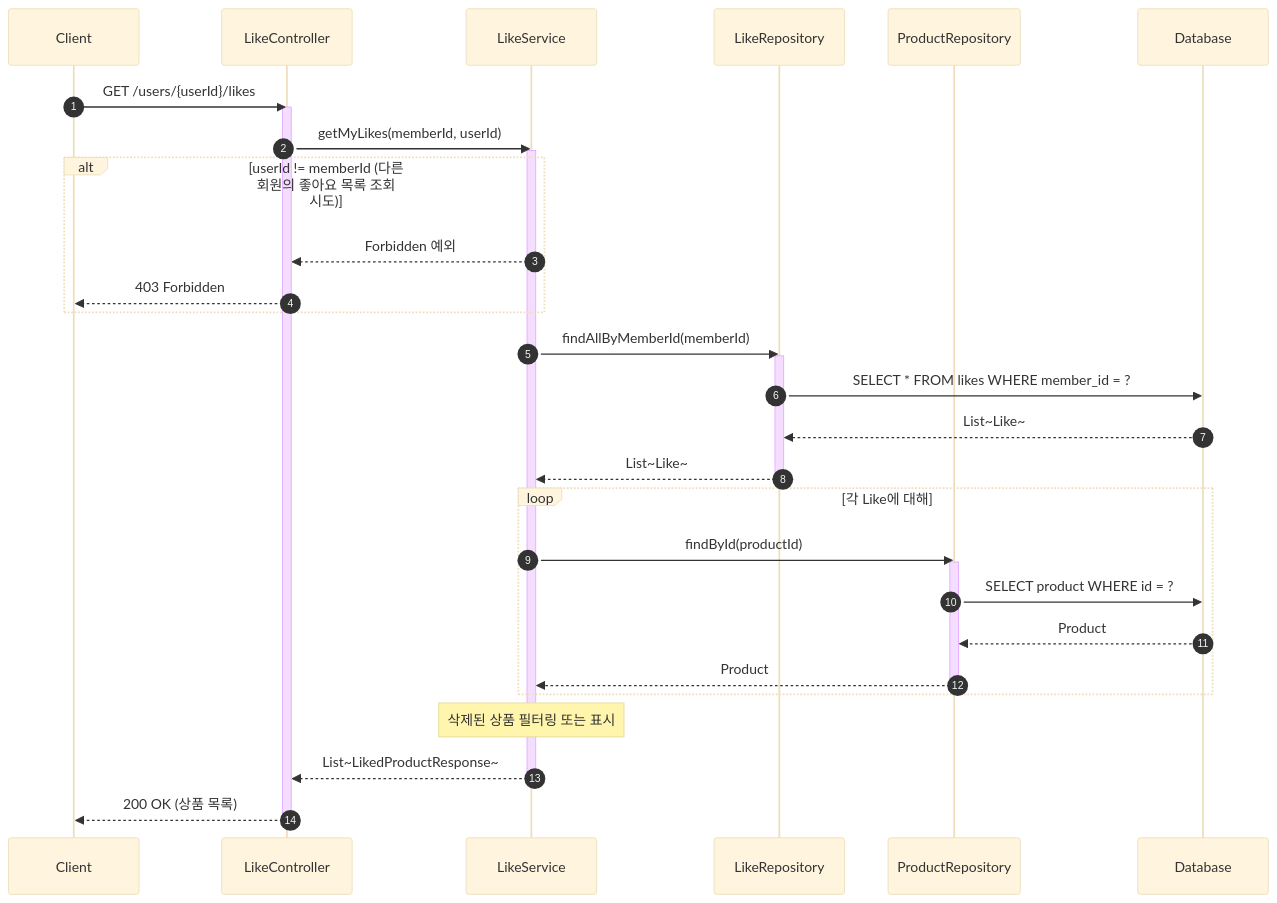
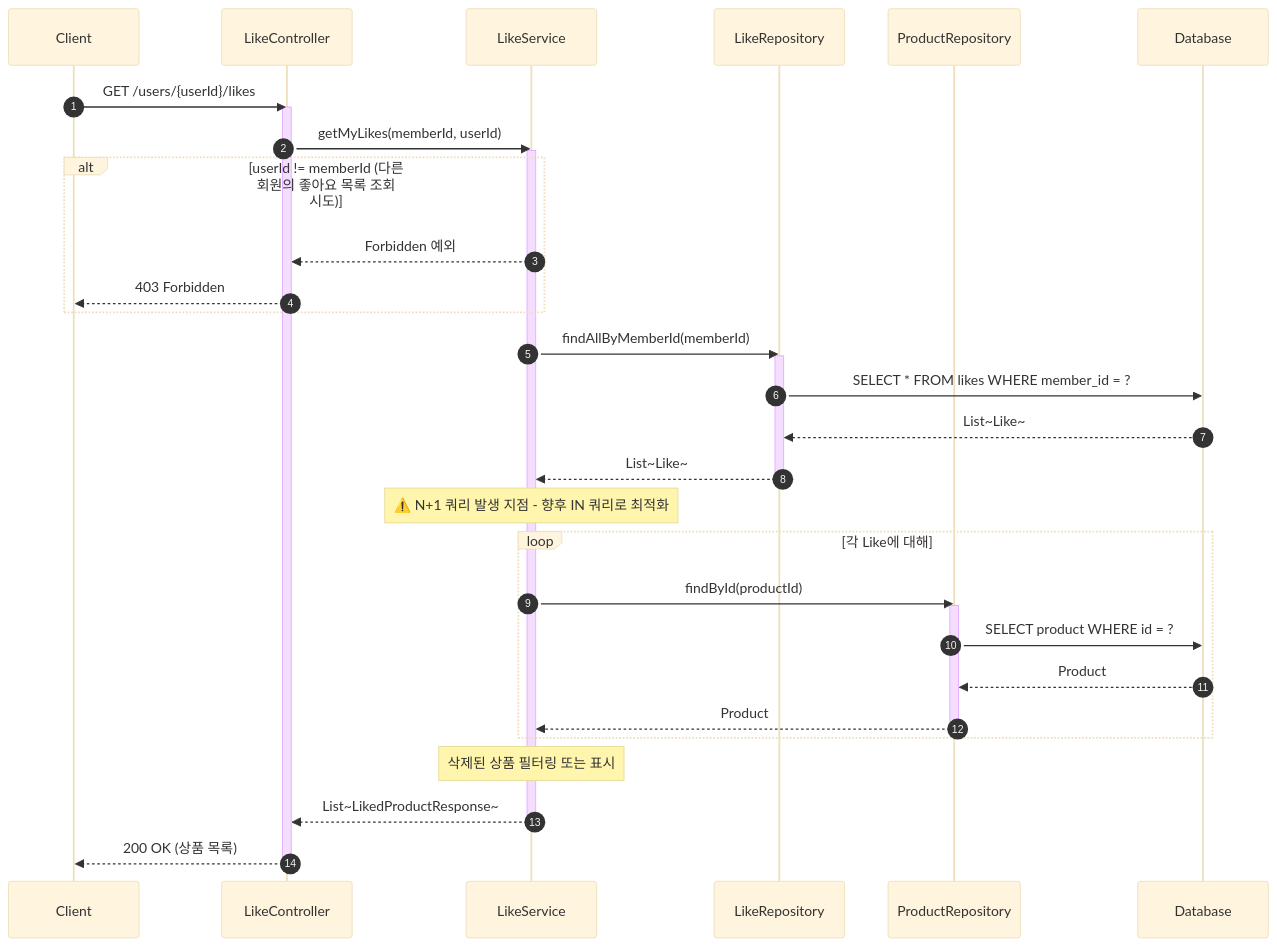
The fourth of 7 diagrams in docs/design/02-sequence-diagrams.md (Loopers-dev-lab/loop-pack-be-l2-vol3-java), drawn with Mermaid (base theme) before and after one commit. The commit also changed other lines of this file and 1 other file, not shown here.

````diff
--- a/docs/design/02-sequence-diagrams.md
+++ b/docs/design/02-sequence-diagrams.md
@@ -274,43 +274,45 @@
 ```mermaid
 sequenceDiagram
     autonumber
     participant Client
     participant Controller as LikeController
     participant Service as LikeService
     participant LikeRepo as LikeRepository
     participant ProductRepo as ProductRepository
     participant DB as Database
 
     Client->>Controller: GET /users/{userId}/likes
     activate Controller
     Controller->>Service: getMyLikes(memberId, userId)
     activate Service
 
     alt userId != memberId (다른 회원의 좋아요 목록 조회 시도)
         Service-->>Controller: Forbidden 예외
         Controller-->>Client: 403 Forbidden
     end
 
     Service->>LikeRepo: findAllByMemberId(memberId)
     activate LikeRepo
     LikeRepo->>DB: SELECT * FROM likes WHERE member_id = ?
     DB-->>LikeRepo: List~Like~
     LikeRepo-->>Service: List~Like~
     deactivate LikeRepo
 
+    Note over Service: ⚠️ N+1 쿼리 발생 지점 - 향후 IN 쿼리로 최적화
+
     loop 각 Like에 대해
         Service->>ProductRepo: findById(productId)
         activate ProductRepo
         ProductRepo->>DB: SELECT product WHERE id = ?
         DB-->>ProductRepo: Product
         ProductRepo-->>Service: Product
         deactivate ProductRepo
     end
 
     Note over Service: 삭제된 상품 필터링 또는 표시
 
     Service-->>Controller: List~LikedProductResponse~
     deactivate Service
     Controller-->>Client: 200 OK (상품 목록)
     deactivate Controller
 ```
````
